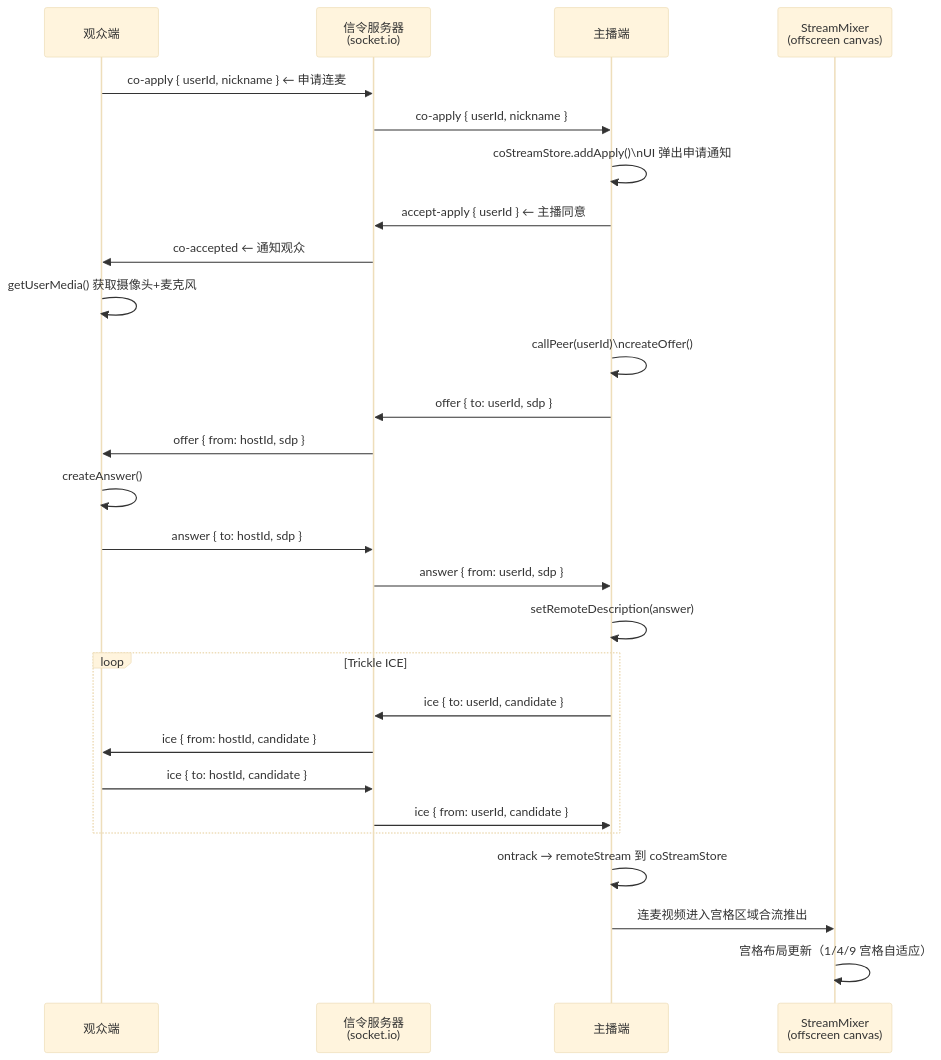
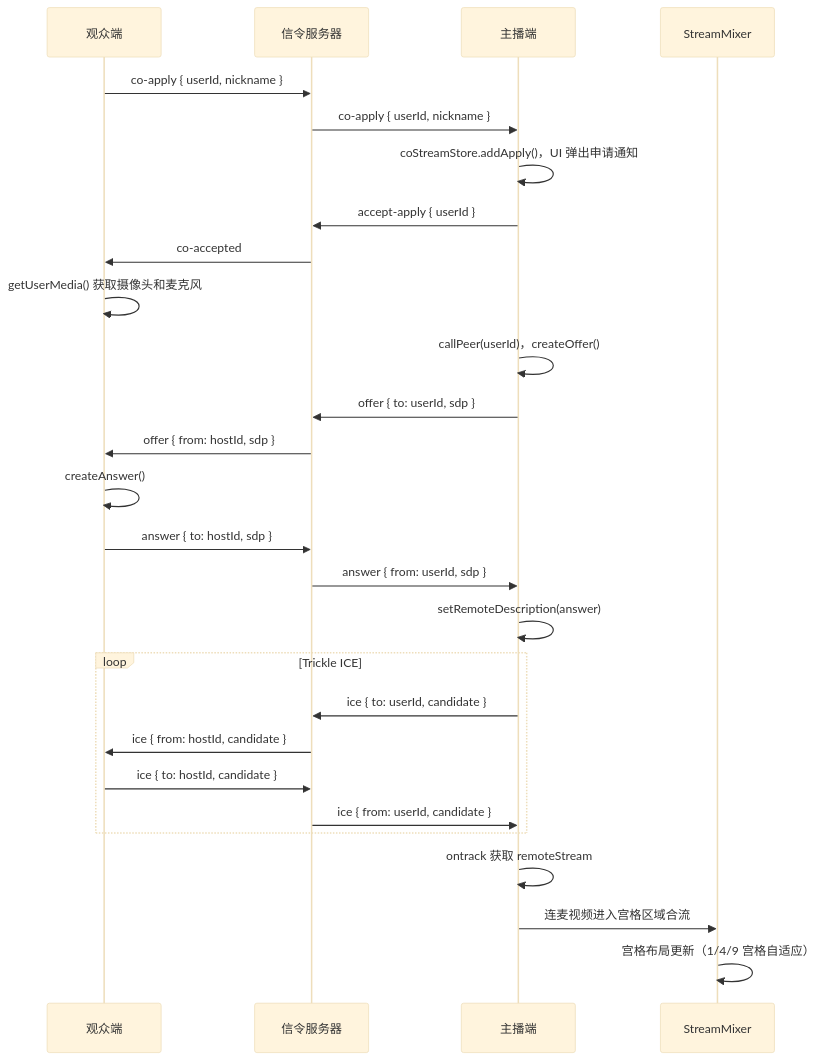
Before and after one commit to fancrystal/liveWebH5: diagram 13 of 15 in docs/progress-report-streaming-module.md, drawn with Mermaid (base theme). The commit also changed other lines of this file, not shown here.

Commit message:
docs: 修复汇报文档中所有 Mermaid 语法错误

````diff
--- a/docs/progress-report-streaming-module.md
+++ b/docs/progress-report-streaming-module.md
@@ -415,35 +416,35 @@
 ```mermaid
 sequenceDiagram
     participant 观众端
-    participant 信令服务 as 信令服务器<br/>(socket.io)
+    participant 信令服务 as 信令服务器
     participant 主播端
-    participant 合流器 as StreamMixer<br/>(offscreen canvas)
+    participant 合流器 as StreamMixer
 
-    观众端->>信令服务: co-apply { userId, nickname } ← 申请连麦
+    观众端->>信令服务: co-apply { userId, nickname }
     信令服务->>主播端: co-apply { userId, nickname }
-    主播端->>主播端: coStreamStore.addApply()\nUI 弹出申请通知
+    主播端->>主播端: coStreamStore.addApply()，UI 弹出申请通知
 
-    主播端->>信令服务: accept-apply { userId } ← 主播同意
-    信令服务->>观众端: co-accepted ← 通知观众
+    主播端->>信令服务: accept-apply { userId }
+    信令服务->>观众端: co-accepted
 
-    观众端->>观众端: getUserMedia() 获取摄像头+麦克风
-    主播端->>主播端: callPeer(userId)\ncreateOffer()
+    观众端->>观众端: getUserMedia() 获取摄像头和麦克风
+    主播端->>主播端: callPeer(userId)，createOffer()
     主播端->>信令服务: offer { to: userId, sdp }
     信令服务->>观众端: offer { from: hostId, sdp }
 
     观众端->>观众端: createAnswer()
     观众端->>信令服务: answer { to: hostId, sdp }
     信令服务->>主播端: answer { from: userId, sdp }
     主播端->>主播端: setRemoteDescription(answer)
 
     loop Trickle ICE
         主播端->>信令服务: ice { to: userId, candidate }
         信令服务->>观众端: ice { from: hostId, candidate }
         观众端->>信令服务: ice { to: hostId, candidate }
         信令服务->>主播端: ice { from: userId, candidate }
     end
 
-    主播端->>主播端: ontrack → remoteStream 到 coStreamStore
-    主播端->>合流器: 连麦视频进入宫格区域合流推出
+    主播端->>主播端: ontrack 获取 remoteStream
+    主播端->>合流器: 连麦视频进入宫格区域合流
     合流器->>合流器: 宫格布局更新（1/4/9 宫格自适应）
 ```
````
